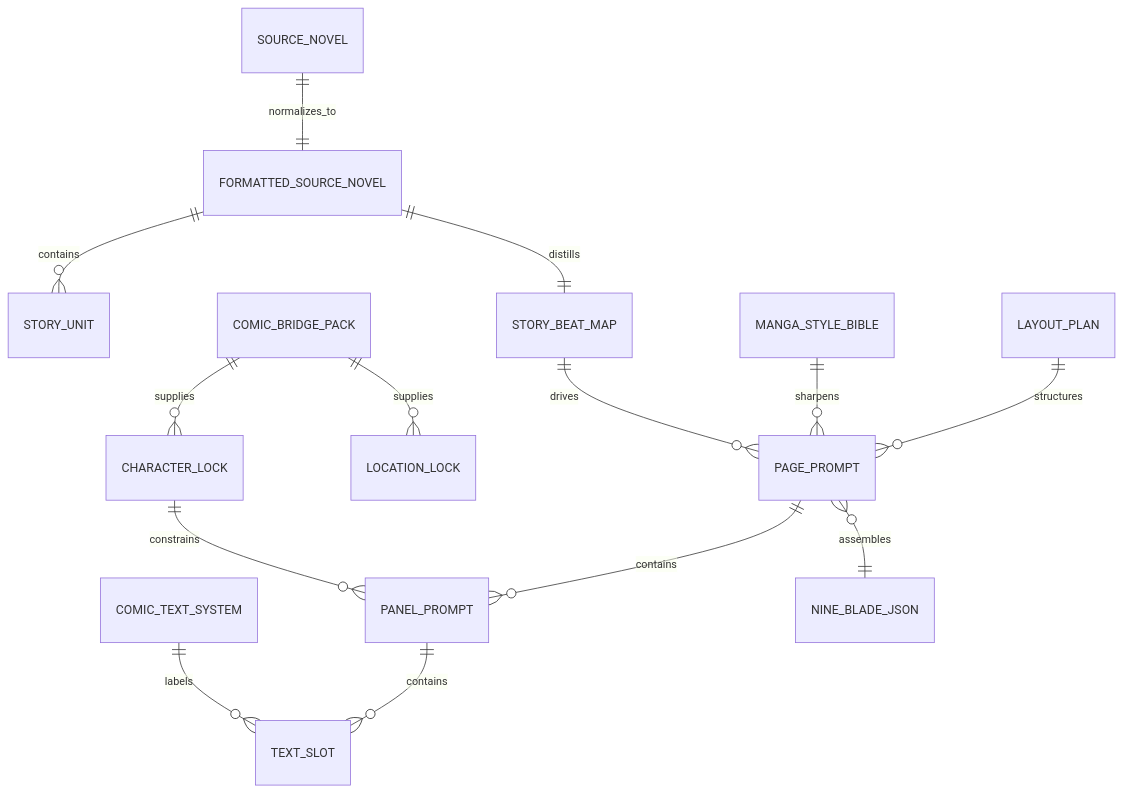
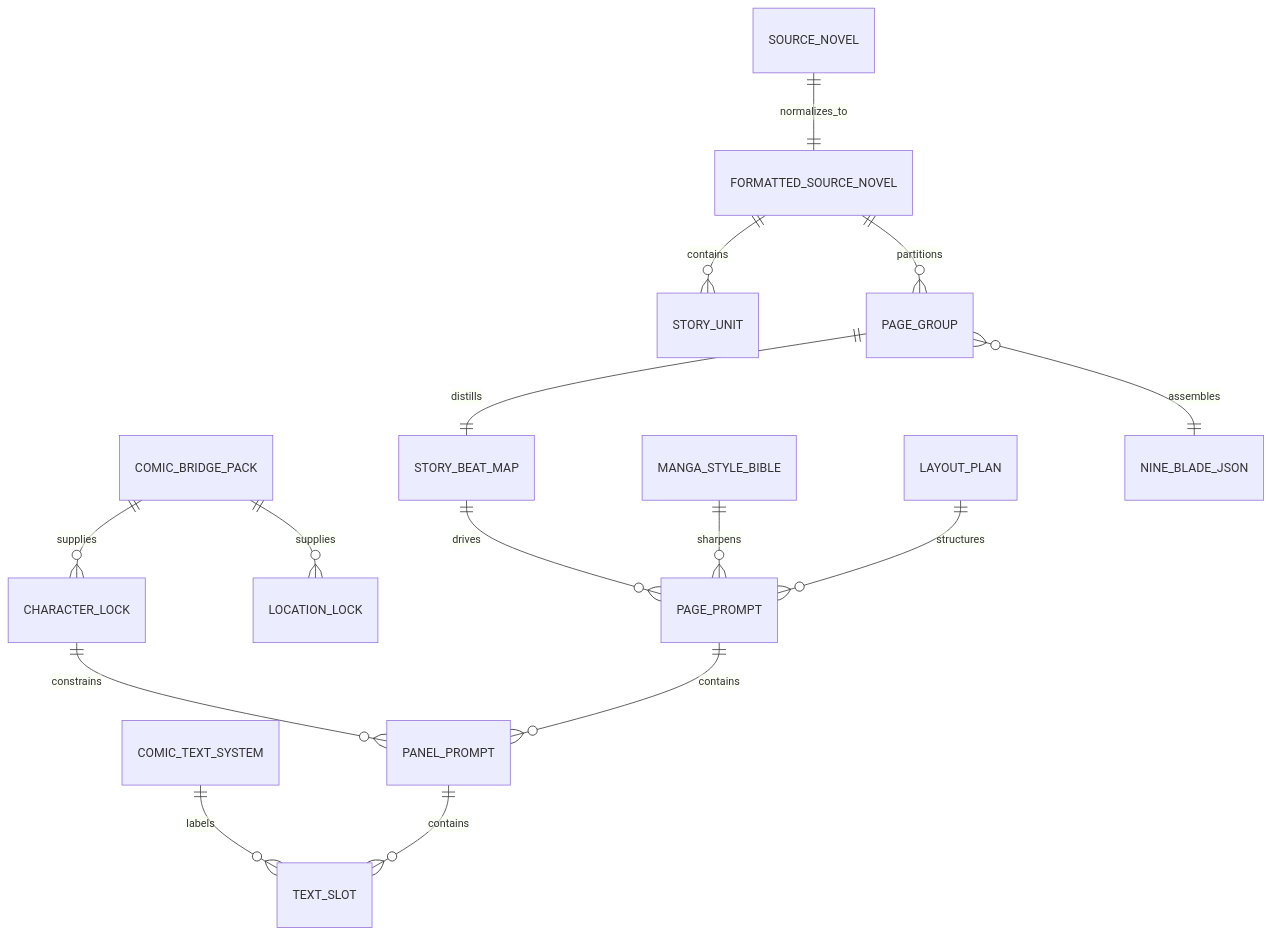
The fourth of 7 diagrams in .agents/skills/comic/2-九刀流漫画提示词/SKILL.md (ZEN-VOID/AI-CUT), drawn with Mermaid before and after one commit. The commit also changed other lines of this file and 151 other files, not shown here.

````diff
--- a/.agents/skills/comic/2-九刀流漫画提示词/SKILL.md
+++ b/.agents/skills/comic/2-九刀流漫画提示词/SKILL.md
@@ -178,16 +243,17 @@
 ```mermaid
 erDiagram
     SOURCE_NOVEL ||--|| FORMATTED_SOURCE_NOVEL : normalizes_to
     FORMATTED_SOURCE_NOVEL ||--o{ STORY_UNIT : contains
-    FORMATTED_SOURCE_NOVEL ||--|| STORY_BEAT_MAP : distills
+    FORMATTED_SOURCE_NOVEL ||--o{ PAGE_GROUP : partitions
+    PAGE_GROUP ||--|| STORY_BEAT_MAP : distills
     COMIC_BRIDGE_PACK ||--o{ CHARACTER_LOCK : supplies
     COMIC_BRIDGE_PACK ||--o{ LOCATION_LOCK : supplies
     STORY_BEAT_MAP ||--o{ PAGE_PROMPT : drives
     MANGA_STYLE_BIBLE ||--o{ PAGE_PROMPT : sharpens
     LAYOUT_PLAN ||--o{ PAGE_PROMPT : structures
     CHARACTER_LOCK ||--o{ PANEL_PROMPT : constrains
     COMIC_TEXT_SYSTEM ||--o{ TEXT_SLOT : labels
     PAGE_PROMPT ||--o{ PANEL_PROMPT : contains
     PANEL_PROMPT ||--o{ TEXT_SLOT : contains
-    PAGE_PROMPT }o--|| NINE_BLADE_JSON : assembles
+    PAGE_GROUP }o--|| NINE_BLADE_JSON : assembles
 ```
````
